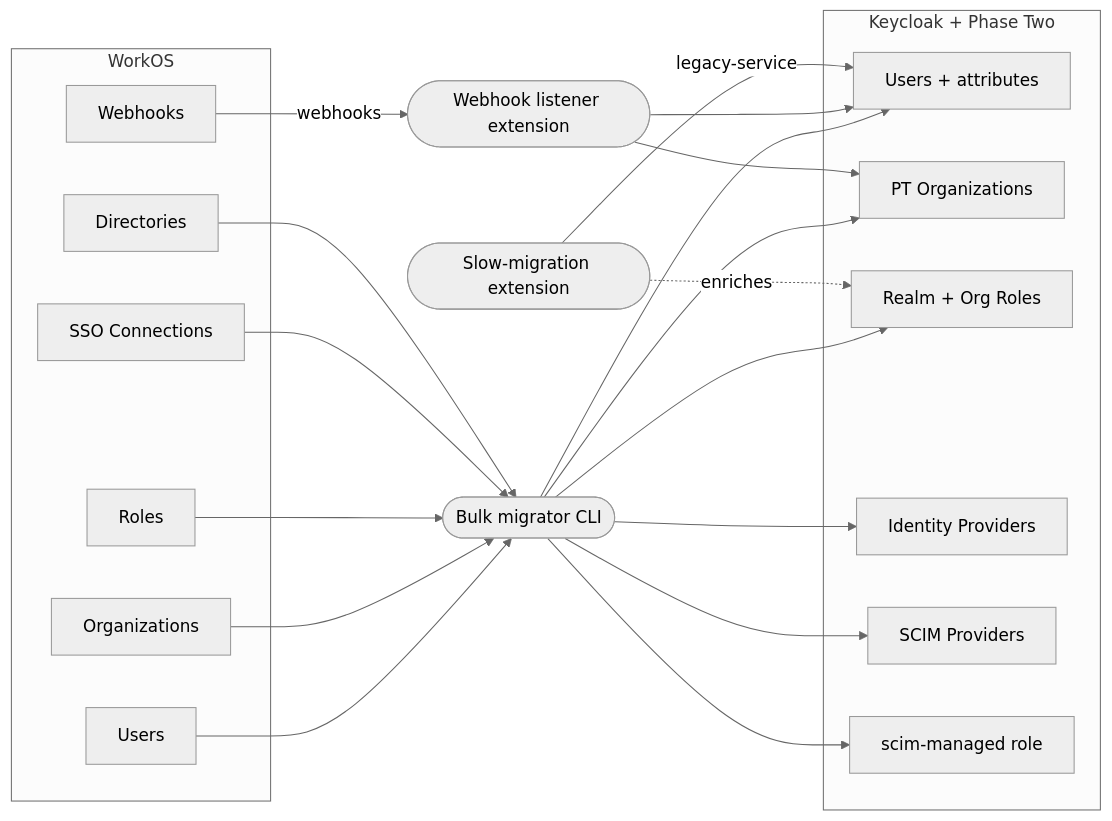
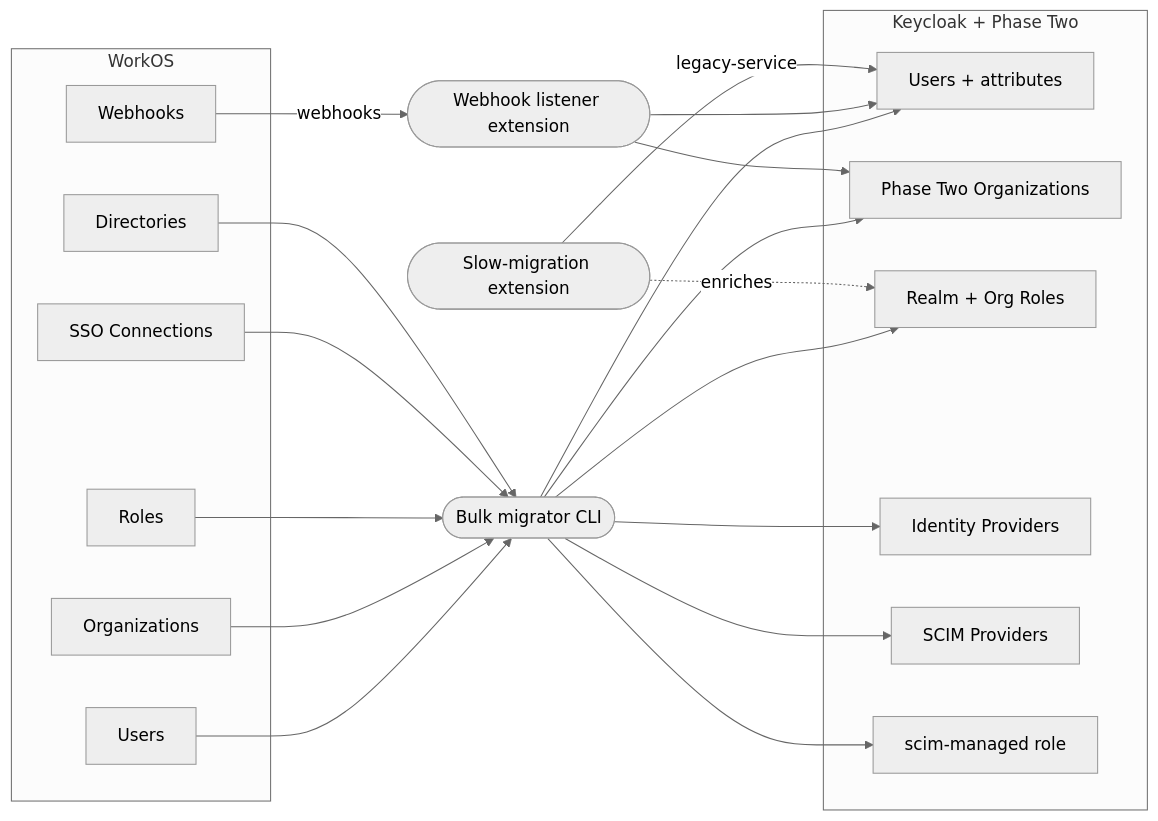
Before and after one commit to p2-inc/phasetwo-docs: the diagram in blog/2026-05-21-workos-keycloak-migration.md, drawn with Mermaid (neutral theme). The commit also changed other lines of this file, not shown here.

````diff
--- a/blog/2026-05-21-workos-keycloak-migration.md
+++ b/blog/2026-05-21-workos-keycloak-migration.md
@@ -34,40 +34,40 @@
 ```mermaid
 flowchart LR
     subgraph WorkOS
       WU[Users]
       WO[Organizations]
       WR[Roles]
       WC[SSO Connections]
       WD[Directories]
       WW[Webhooks]
     end
 
     subgraph "Keycloak + Phase Two"
       KU[Users + attributes]
-      KO[PT Organizations]
+      KO[Phase Two Organizations]
       KR[Realm + Org Roles]
       KI[Identity Providers]
       KS[SCIM Providers]
       KE[scim-managed role]
     end
 
     MIG([Bulk migrator CLI]) --> KU
     MIG --> KO
     MIG --> KR
     MIG --> KI
     MIG --> KS
     MIG --> KE
 
     WU --> MIG
     WO --> MIG
     WR --> MIG
     WC --> MIG
     WD --> MIG
 
     WW -- webhooks --> WHL([Webhook listener extension])
     WHL --> KU
     WHL --> KO
 
     SM([Slow-migration extension]) -- legacy-service --> KU
     SM -. enriches .-> KR
 ```
````
